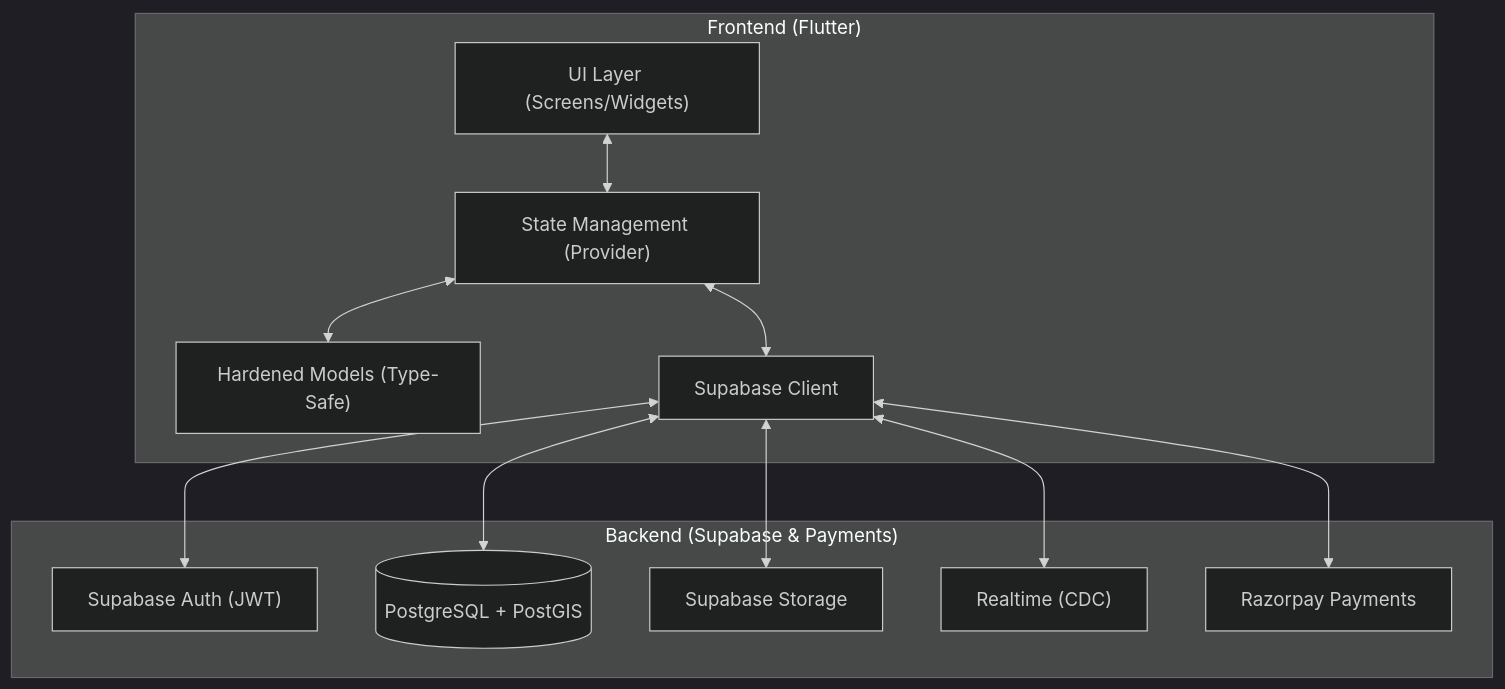
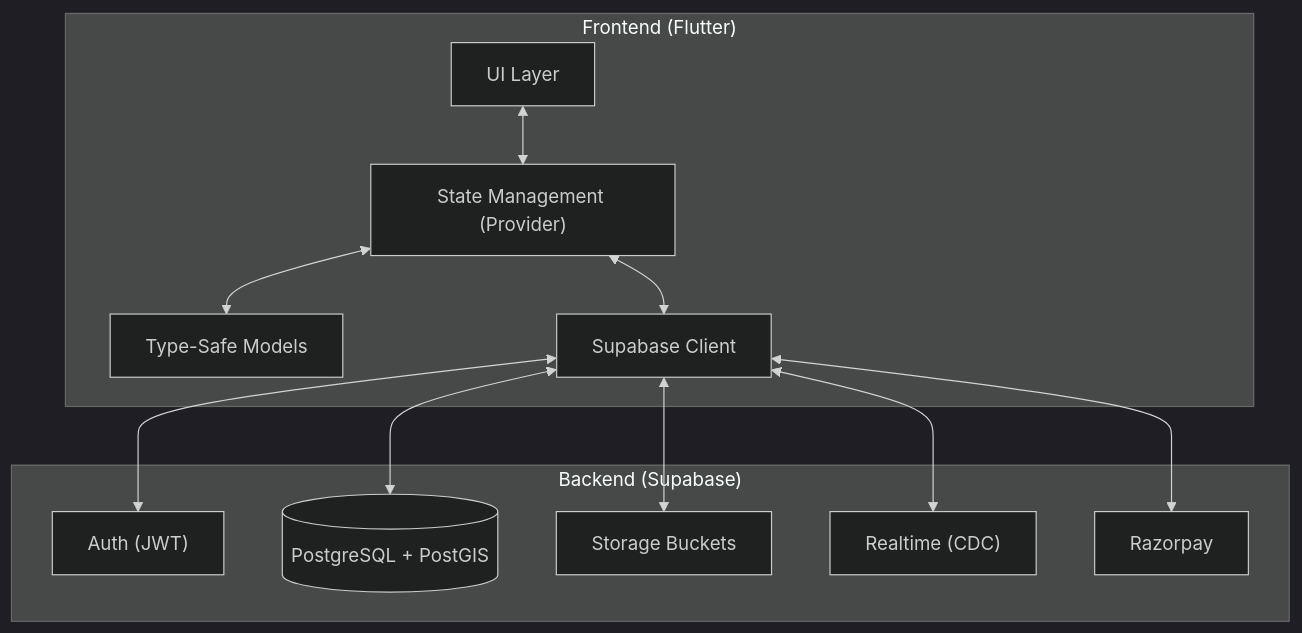
Before and after one commit to just-sid04/proconnect-app: the diagram in README.md, drawn with Mermaid (dark theme). The commit also changed other lines of this file, not shown here.

````diff
--- a/README.md
+++ b/README.md
@@ -43,27 +74,27 @@
 ```mermaid
 graph TD
     subgraph "Frontend (Flutter)"
-        UI["UI Layer (Screens/Widgets)"]
-        Prov["State Management (Provider)"]
-        Models["Hardened Models (Type-Safe)"]
-        SBC["Supabase Client"]
+        UI["UI Layer"]
+        State["State Management (Provider)"]
+        Models["Type-Safe Models"]
+        Client["Supabase Client"]
         
-        UI <--> Prov
-        Prov <--> Models
-        Prov <--> SBC
+        UI <--> State
+        State <--> Models
+        State <--> Client
     end
 
-    subgraph "Backend (Supabase & Payments)"
-        Auth["Supabase Auth (JWT)"]
+    subgraph "Backend (Supabase)"
+        Auth["Auth (JWT)"]
         DB[("PostgreSQL + PostGIS")]
-        Store["Supabase Storage"]
-        RT["Realtime (CDC)"]
-        Razor["Razorpay Payments"]
+        Storage["Storage Buckets"]
+        Realtime["Realtime (CDC)"]
+        Payments["Razorpay"]
         
-        SBC <--> Auth
-        SBC <--> DB
-        SBC <--> Store
-        SBC <--> RT
-        SBC <--> Razor
+        Client <--> Auth
+        Client <--> DB
+        Client <--> Storage
+        Client <--> Realtime
+        Client <--> Payments
     end
 ```
````
